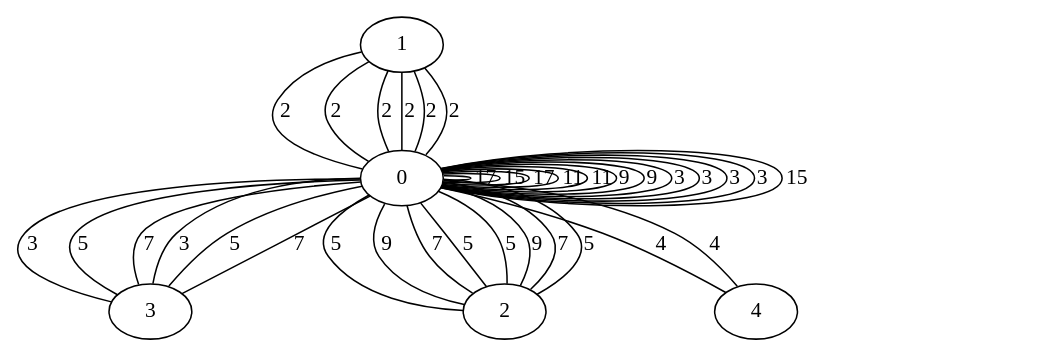
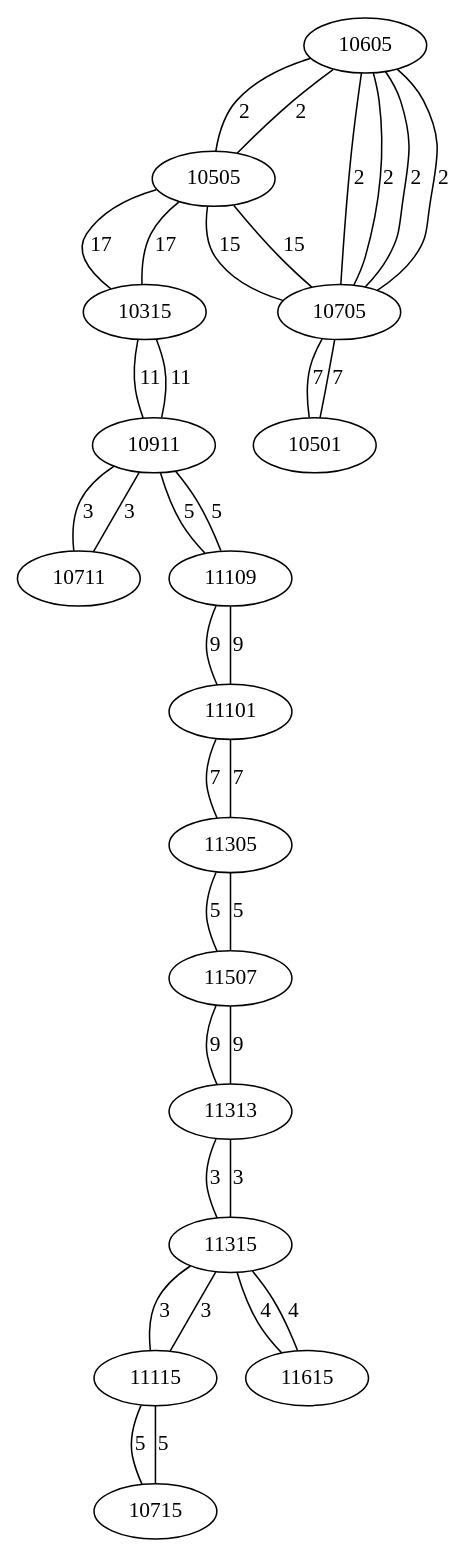
One commit to AsmNoob/Labyrinthe changed the diagram in Graph.dot. Above: the diagram before and after it, drawn with Graphviz. The commit also changed 3 other files, not shown here.

```diff
--- a/Graph.dot
+++ b/Graph.dot
@@ -1,38 +1,38 @@
 graph chemin {
 
-	1 -- 0 [label=2]
-	1 -- 0 [label=2]
-	1 -- 0 [label=2]
-	0 -- 1 [label=2]
-	0 -- 0 [label=17]
-	0 -- 0 [label=15]
-	0 -- 0 [label=17]
-	0 -- 0 [label=11]
-	0 -- 0 [label=11]
-	0 -- 3 [label=3]
-	0 -- 2 [label=5]
-	3 -- 0 [label=3]
-	2 -- 0 [label=5]
-	2 -- 0 [label=9]
-	0 -- 2 [label=9]
-	0 -- 2 [label=7]
-	2 -- 0 [label=7]
-	2 -- 0 [label=5]
-	0 -- 2 [label=5]
-	0 -- 0 [label=9]
-	0 -- 0 [label=9]
-	0 -- 0 [label=3]
-	0 -- 0 [label=3]
-	0 -- 0 [label=3]
-	0 -- 4 [label=4]
-	0 -- 0 [label=3]
-	0 -- 3 [label=5]
-	3 -- 0 [label=5]
-	4 -- 0 [label=4]
-	0 -- 0 [label=15]
-	0 -- 1 [label=2]
-	0 -- 3 [label=7]
-	0 -- 1 [label=2]
-	3 -- 0 [label=7]
+	10605 -- 10505 [label=2]
+	10605 -- 10705 [label=2]
+	10605 -- 10705 [label=2]
+	10505 -- 10605 [label=2]
+	10505 -- 10315 [label=17]
+	10505 -- 10705 [label=15]
+	10315 -- 10505 [label=17]
+	10315 -- 10911 [label=11]
+	10911 -- 10315 [label=11]
+	10911 -- 10711 [label=3]
+	10911 -- 11109 [label=5]
+	10711 -- 10911 [label=3]
+	11109 -- 10911 [label=5]
+	11109 -- 11101 [label=9]
+	11101 -- 11109 [label=9]
+	11101 -- 11305 [label=7]
+	11305 -- 11101 [label=7]
+	11305 -- 11507 [label=5]
+	11507 -- 11305 [label=5]
+	11507 -- 11313 [label=9]
+	11313 -- 11507 [label=9]
+	11313 -- 11315 [label=3]
+	11315 -- 11313 [label=3]
+	11315 -- 11115 [label=3]
+	11315 -- 11615 [label=4]
+	11115 -- 11315 [label=3]
+	11115 -- 10715 [label=5]
+	10715 -- 11115 [label=5]
+	11615 -- 11315 [label=4]
+	10705 -- 10505 [label=15]
+	10705 -- 10605 [label=2]
+	10705 -- 10501 [label=7]
+	10705 -- 10605 [label=2]
+	10501 -- 10705 [label=7]
 
 }
```
